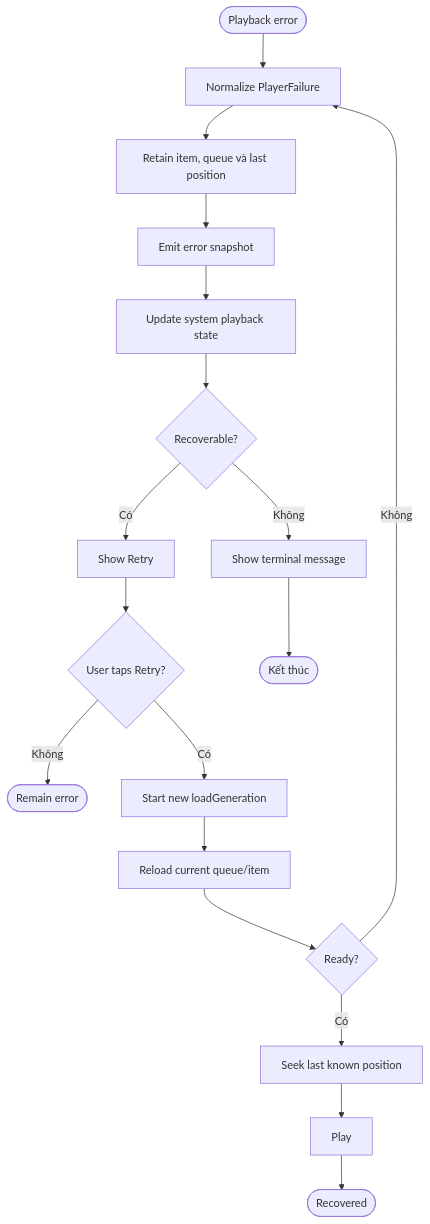
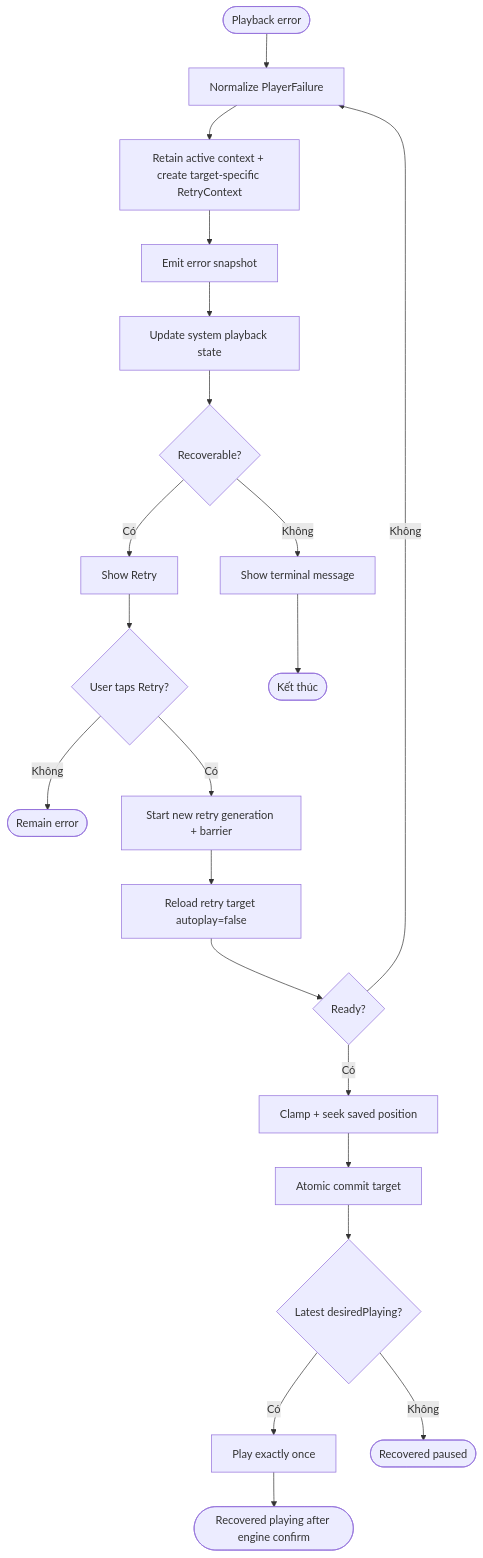
Diagram 28 of 29 in docs/player-behavioral-diagrams.md (ViUniverse/ViListen), drawn with Mermaid before and after one commit. The commit also changed other lines of this file and 4 other files, not shown here.

````diff
--- a/docs/player-behavioral-diagrams.md
+++ b/docs/player-behavioral-diagrams.md
@@ -1112,20 +1208,23 @@
 ```mermaid
 flowchart TD
     A([Playback error]) --> B[Normalize PlayerFailure]
-    B --> C[Retain item, queue và last position]
+    B --> C[Retain active context + create target-specific RetryContext]
     C --> D[Emit error snapshot]
     D --> E[Update system playback state]
     E --> F{Recoverable?}
     F -->|Không| G[Show terminal message]
     F -->|Có| H[Show Retry]
     H --> I{User taps Retry?}
     I -->|Không| J([Remain error])
-    I -->|Có| K[Start new loadGeneration]
-    K --> L[Reload current queue/item]
+    I -->|Có| K[Start new retry generation + barrier]
+    K --> L[Reload retry target autoplay=false]
     L --> M{Ready?}
     M -->|Không| B
-    M -->|Có| N[Seek last known position]
-    N --> O[Play]
-    O --> P([Recovered])
+    M -->|Có| N[Clamp + seek saved position]
+    N --> O[Atomic commit target]
+    O --> O1{Latest desiredPlaying?}
+    O1 -->|Có| O2[Play exactly once]
+    O1 -->|Không| P([Recovered paused])
+    O2 --> P1([Recovered playing after engine confirm])
     G --> Q([Kết thúc])
 ```
````
